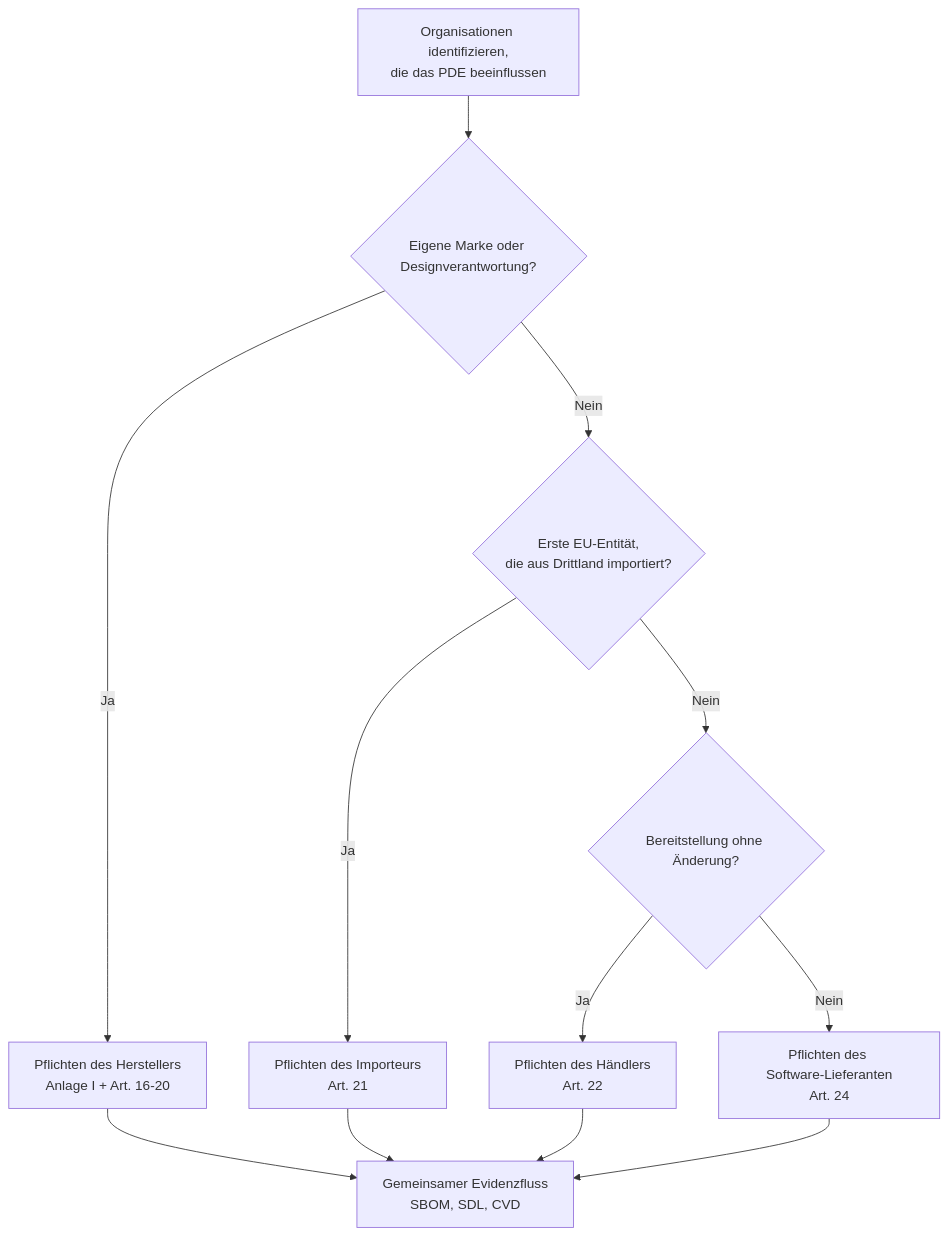
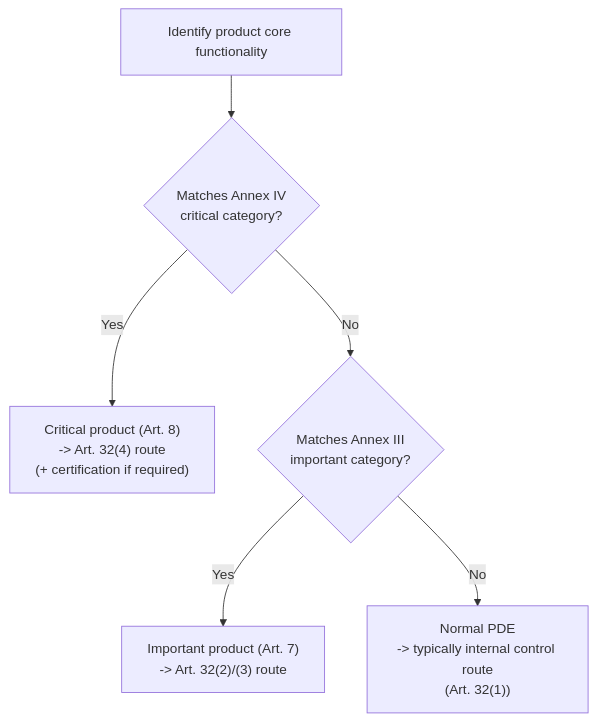
One commit to Ac6Embedded/apollo-docs changed the fourth of 4 diagrams in i18n/de/docusaurus-plugin-content-docs/current/security/cra/scope-and-definitions.md. Above: the diagram before and after it, drawn with Mermaid. The commit also changed other lines of this file and 16 other files, not shown here.

````diff
--- a/i18n/de/docusaurus-plugin-content-docs/current/security/cra/scope-and-definitions.md
+++ b/i18n/de/docusaurus-plugin-content-docs/current/security/cra/scope-and-definitions.md
@@ -53,14 +195,8 @@
 ```mermaid
 flowchart TD
-    Start[Organisationen identifizieren,<br/>die das PDE beeinflussen] --> A{Eigene Marke oder Designverantwortung?}
-    A -- Ja --> M[Pflichten des Herstellers<br/>Anlage I + Art. 16-20]
-    A -- Nein --> B{Erste EU‑Entität,<br/>die aus Drittland importiert?}
-    B -- Ja --> I[Pflichten des Importeurs<br/>Art. 21]
-    B -- Nein --> C{Bereitstellung ohne Änderung?}
-    C -- Ja --> D[Pflichten des Händlers<br/>Art. 22]
-    C -- Nein --> S[Pflichten des Software‑Lieferanten<br/>Art. 24]
-    M --> Shared[Gemeinsamer Evidenzfluss<br/>SBOM, SDL, CVD]
-    I --> Shared
-    D --> Shared
-    S --> Shared
+  A["Identify product core functionality"] --> B{"Matches Annex IV<br/>critical category?"}
+  B -- Yes --> C["Critical product (Art. 8)<br/>-> Art. 32(4) route<br/>(+ certification if required)"]
+  B -- No --> D{"Matches Annex III<br/>important category?"}
+  D -- Yes --> E["Important product (Art. 7)<br/>-> Art. 32(2)/(3) route"]
+  D -- No --> F["Normal PDE<br/>-> typically internal control route<br/>(Art. 32(1))"]
 ```
````
